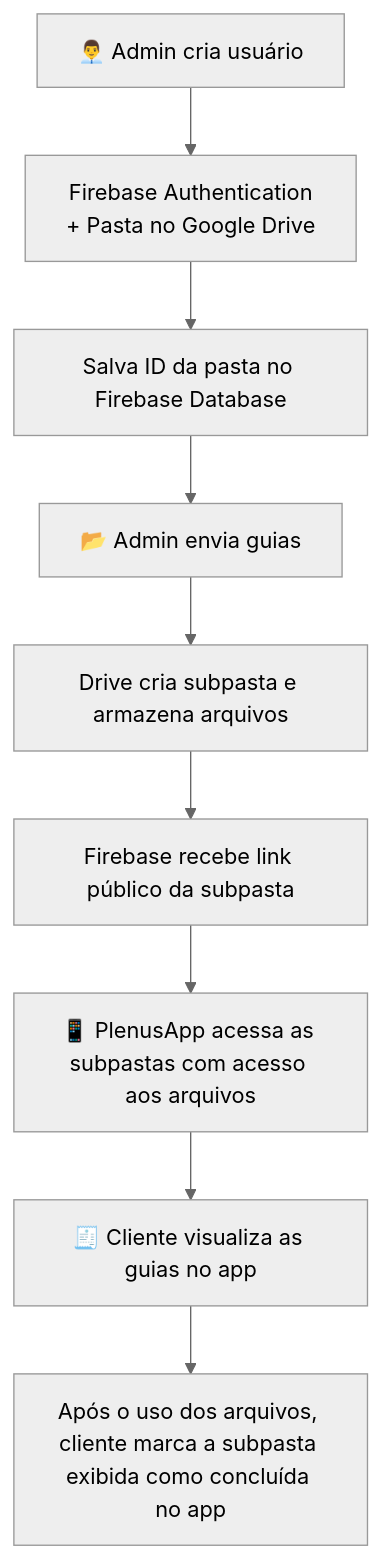
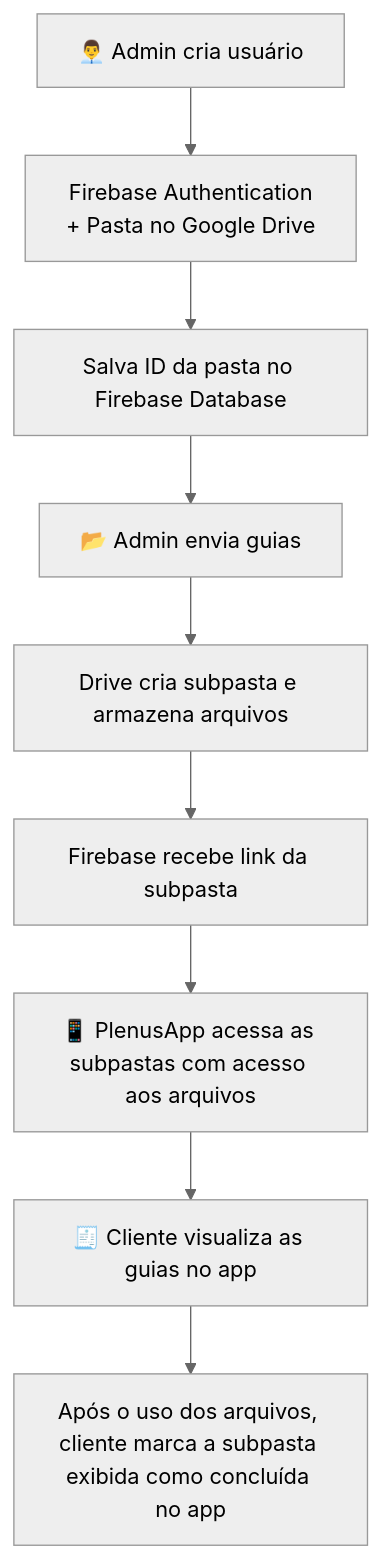
One commit to Nathan-Dev-udia/PlenusDesk changed the diagram in README.md. Above: the diagram before and after it, drawn with Mermaid (neutral theme).

````diff
--- a/README.md
+++ b/README.md
@@ -53,11 +53,11 @@
 ```mermaid
 graph TD;
     A[👨‍💼 Admin cria usuário] --> B[Firebase Authentication<br>+ Pasta no Google Drive];
     B --> C[Salva ID da pasta no Firebase Database];
     C --> D[📂 Admin envia guias];
     D --> E[Drive cria subpasta e armazena arquivos];
-    E --> F[Firebase recebe link público da subpasta];
+    E --> F[Firebase recebe link da subpasta];
     F --> G[📱 PlenusApp acessa as subpastas com acesso aos arquivos];
     G --> H[🧾 Cliente visualiza as guias no app];
     H --> I[Após o uso dos arquivos, cliente marca a subpasta exibida como concluída no app];
 ```
````
